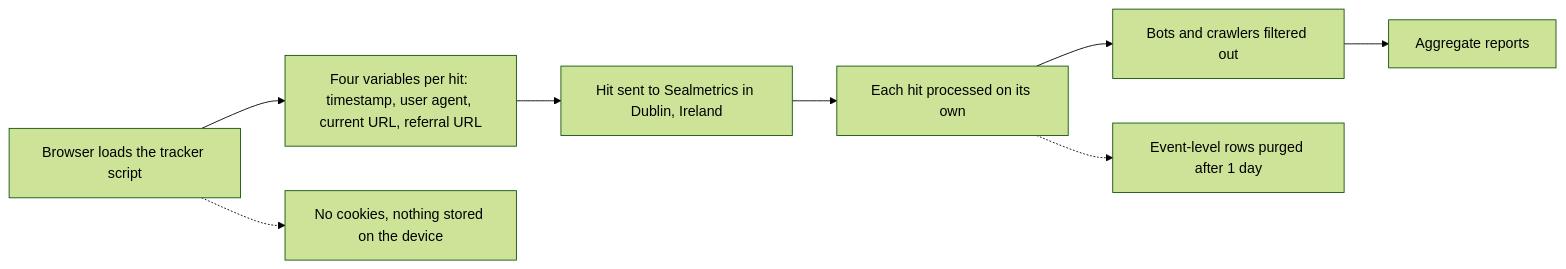
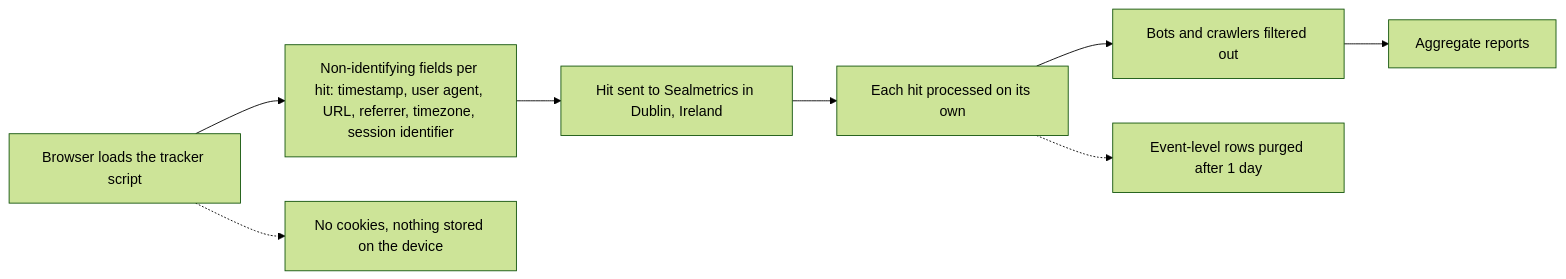
One commit to sealmetrics/docs changed the diagram in docs/getting-started/how-it-works.mdx. Above: the diagram before and after it, drawn with Mermaid (forest theme). The commit also changed other lines of this file and 138 other files, not shown here.

````diff
--- a/docs/getting-started/how-it-works.mdx
+++ b/docs/getting-started/how-it-works.mdx
@@ -46,10 +48,10 @@
 ```mermaid
 flowchart LR
-    A["Browser loads the tracker script"] --> B["Four variables per hit: timestamp, user agent, current URL, referral URL"]
+    A["Browser loads the tracker script"] --> B["Non-identifying fields per hit: timestamp, user agent, URL, referrer, timezone, session identifier"]
     B --> C["Hit sent to Sealmetrics in Dublin, Ireland"]
     C --> D["Each hit processed on its own"]
     D --> E["Bots and crawlers filtered out"]
     E --> F["Aggregate reports"]
     D -.-> G["Event-level rows purged after 1 day"]
     A -.-> H["No cookies, nothing stored on the device"]
 ```
````
